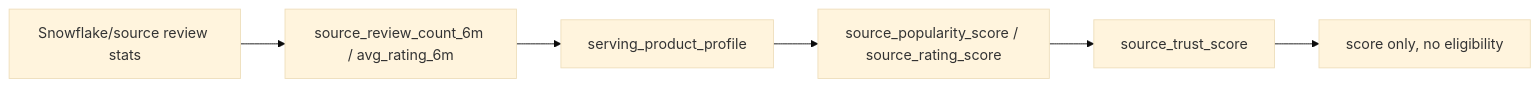
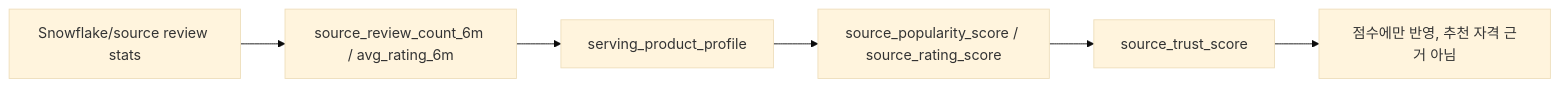
The tenth of 10 diagrams in docs/architecture/recommendation_signal_flow_2026_06_23.md (moreHS/GraphRapping), drawn with Mermaid (base theme) before and after one commit. The commit also changed other lines of this file, not shown here.

Commit message:
docs: localize recommendation signal flow

````diff
--- a/docs/architecture/recommendation_signal_flow_2026_06_23.md
+++ b/docs/architecture/recommendation_signal_flow_2026_06_23.md
@@ -276,8 +278,8 @@
 ```mermaid
 flowchart LR
     A["Snowflake/source review stats"] --> B["source_review_count_6m / avg_rating_6m"]
     B --> C["serving_product_profile"]
     C --> D["source_popularity_score / source_rating_score"]
     D --> E["source_trust_score"]
-    E --> F["score only, no eligibility"]
+    E --> F["점수에만 반영, 추천 자격 근거 아님"]
 ```
````
